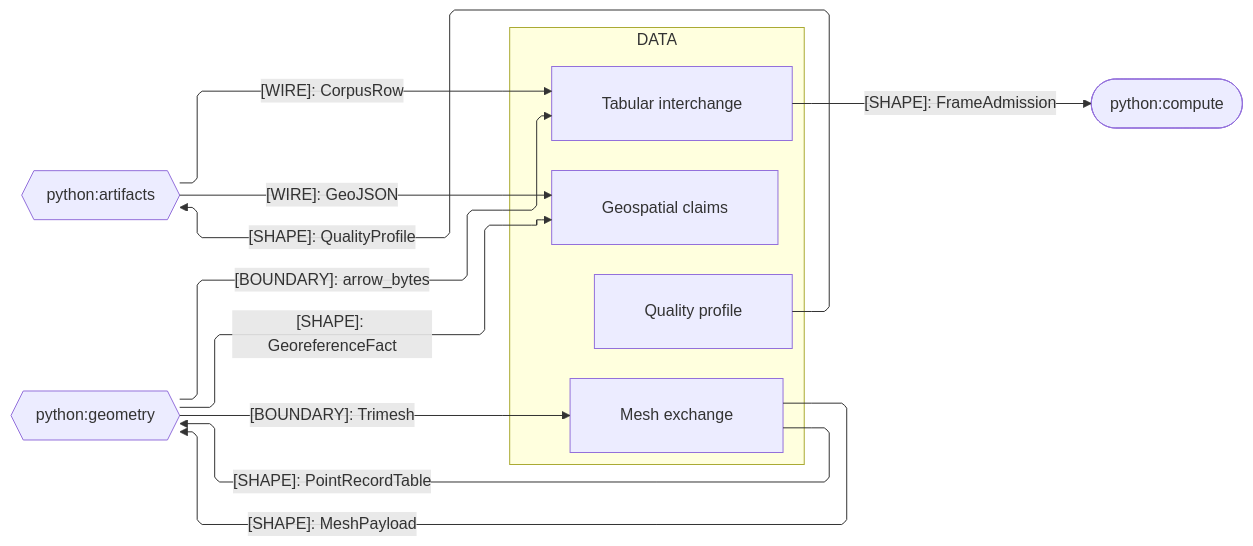
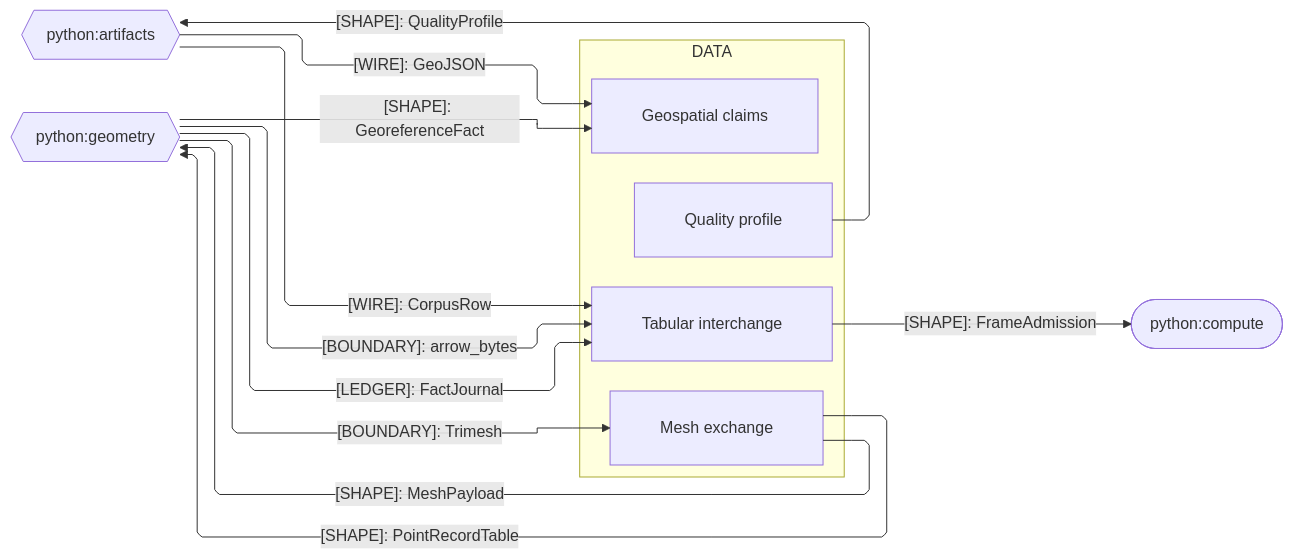
Before and after one commit to bsamiee/Rasm: the third of 5 diagrams in libs/python/data/ARCHITECTURE.md, drawn with Mermaid. The commit also changed other lines of this file and 115 other files, not shown here.

````diff
--- a/libs/python/data/ARCHITECTURE.md
+++ b/libs/python/data/ARCHITECTURE.md
@@ -180,30 +178,31 @@
 ```mermaid
 ---
 config:
   layout: elk
   flowchart:
     curve: linear
     padding: 25
 ---
 flowchart LR
     accTitle: Data package Python domain-peer seam registry
-    accDescr: Data sub-domain owners exchanging wires, frame shapes, columnar bytes, and mesh boundaries with the Python artifacts, geometry, and compute siblings.
+    accDescr: Which kinded contracts cross between the data owners and the Python sibling packages.
     subgraph data[DATA]
         Tabular[Tabular interchange]
         Profile[Quality profile]
         Geospatial[Geospatial claims]
         Mesh[Mesh exchange]
     end
     Artifacts{{python:artifacts}}
     Geometry{{python:geometry}}
     Compute([python:compute])
-    Artifacts e6@-->|"[WIRE]: CorpusRow"| Tabular
-    Geometry e25@-->|"[BOUNDARY]: arrow_bytes"| Tabular
-    Profile e7@-->|"[SHAPE]: QualityProfile"| Artifacts
-    Artifacts e8@-->|"[WIRE]: GeoJSON"| Geospatial
-    Geometry e17@-->|"[SHAPE]: GeoreferenceFact"| Geospatial
-    Mesh e9@-->|"[SHAPE]: MeshPayload"| Geometry
-    Mesh e15@-->|"[SHAPE]: PointRecordTable"| Geometry
-    Geometry e16@-->|"[BOUNDARY]: Trimesh"| Mesh
+    Artifacts e1@-->|"[WIRE]: CorpusRow"| Tabular
+    Geometry e2@-->|"[BOUNDARY]: arrow_bytes"| Tabular
+    Geometry e3@-->|"[LEDGER]: FactJournal"| Tabular
+    Profile e4@-->|"[SHAPE]: QualityProfile"| Artifacts
+    Artifacts e5@-->|"[WIRE]: GeoJSON"| Geospatial
+    Geometry e6@-->|"[SHAPE]: GeoreferenceFact"| Geospatial
+    Mesh e7@-->|"[SHAPE]: MeshPayload"| Geometry
+    Mesh e8@-->|"[SHAPE]: PointRecordTable"| Geometry
+    Geometry e9@-->|"[BOUNDARY]: Trimesh"| Mesh
     Tabular e10@-->|"[SHAPE]: FrameAdmission"| Compute
 ```
````
